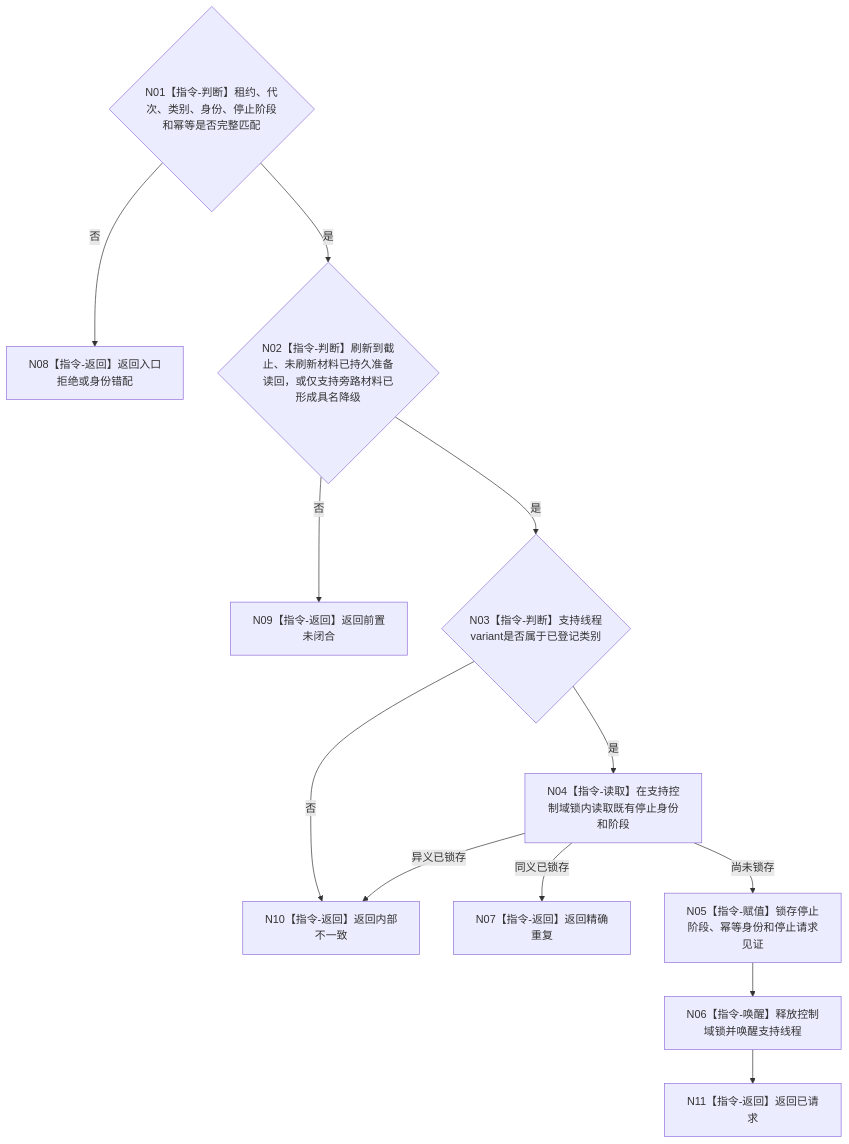
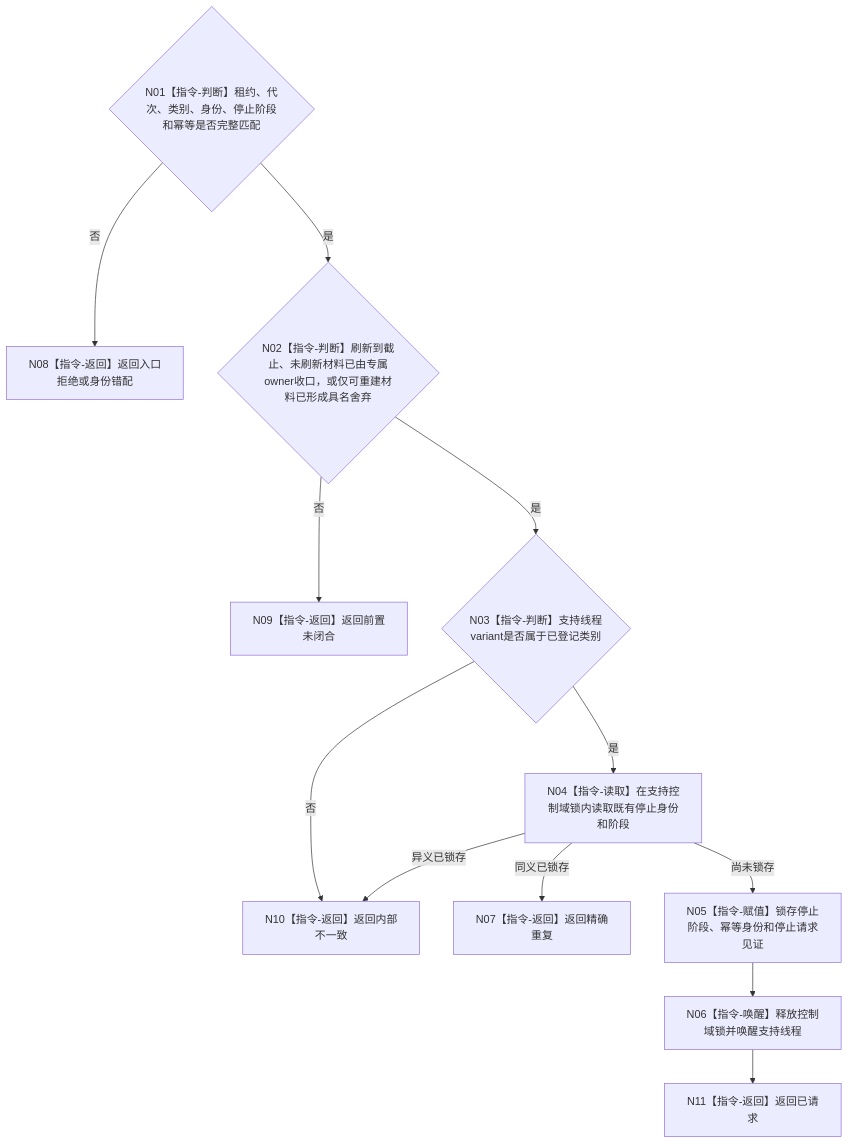
Before and after one commit to chunhaizh-cyber/HY-Ego: the diagram in 流程图/目标业务流程图/L4/BIZ-L4-001-15-03-01_请求一个支持线程停止_目标函数流程图_v0.1.md, drawn with Mermaid. The commit also changed other lines of this file and 28 other files, not shown here.

````diff
--- a/流程图/目标业务流程图/L4/BIZ-L4-001-15-03-01_请求一个支持线程停止_目标函数流程图_v0.1.md
+++ b/流程图/目标业务流程图/L4/BIZ-L4-001-15-03-01_请求一个支持线程停止_目标函数流程图_v0.1.md
@@ -30,14 +30,14 @@
 ```mermaid
 flowchart TD
     N01{"N01【指令-判断】租约、代次、类别、身份、停止阶段和幂等是否完整匹配"} -->|否| N08["N08【指令-返回】返回入口拒绝或身份错配"]
-    N01 -->|是| N02{"N02【指令-判断】刷新到截止、未刷新材料已持久准备读回，或仅支持旁路材料已形成具名降级"}
+    N01 -->|是| N02{"N02【指令-判断】刷新到截止、未刷新材料已由专属owner收口，或仅可重建材料已形成具名舍弃"}
     N02 -->|否| N09["N09【指令-返回】返回前置未闭合"]
     N02 -->|是| N03{"N03【指令-判断】支持线程variant是否属于已登记类别"}
     N03 -->|否| N10["N10【指令-返回】返回内部不一致"]
     N03 -->|是| N04["N04【指令-读取】在支持控制域锁内读取既有停止身份和阶段"]
     N04 -->|同义已锁存| N07["N07【指令-返回】返回精确重复"]
     N04 -->|异义已锁存| N10
     N04 -->|尚未锁存| N05["N05【指令-赋值】锁存停止阶段、幂等身份和停止请求见证"]
     N05 --> N06["N06【指令-唤醒】释放控制域锁并唤醒支持线程"]
     N06 --> N11["N11【指令-返回】返回已请求"]
 ```
````
